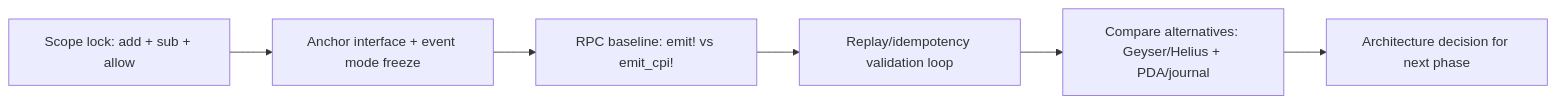
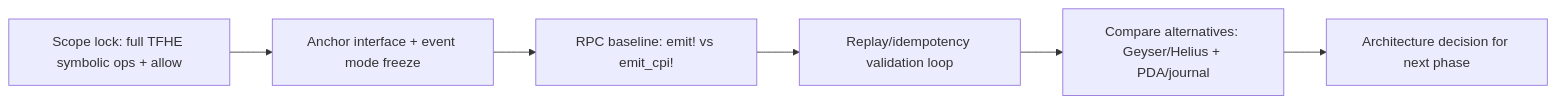
Before and after one commit to zama-ai/fhevm: the first of 2 diagrams in docs/protocol/explorations/solana-host-listener/PLAN.md, drawn with Mermaid. The commit also changed 9 other files, not shown here.

Commit message:
solana: add full TFHE symbolic op parity scaffold

````diff
--- a/docs/protocol/explorations/solana-host-listener/PLAN.md
+++ b/docs/protocol/explorations/solana-host-listener/PLAN.md
@@ -15,8 +15,8 @@
 ```mermaid
 flowchart LR
-  A["Scope lock: add + sub + allow"] --> B["Anchor interface + event mode freeze"]
+  A["Scope lock: full TFHE symbolic ops + allow"] --> B["Anchor interface + event mode freeze"]
   B --> C["RPC baseline: emit! vs emit_cpi!"]
   C --> D["Replay/idempotency validation loop"]
   D --> E["Compare alternatives: Geyser/Helius + PDA/journal"]
   E --> F["Architecture decision for next phase"]
 ```
````
